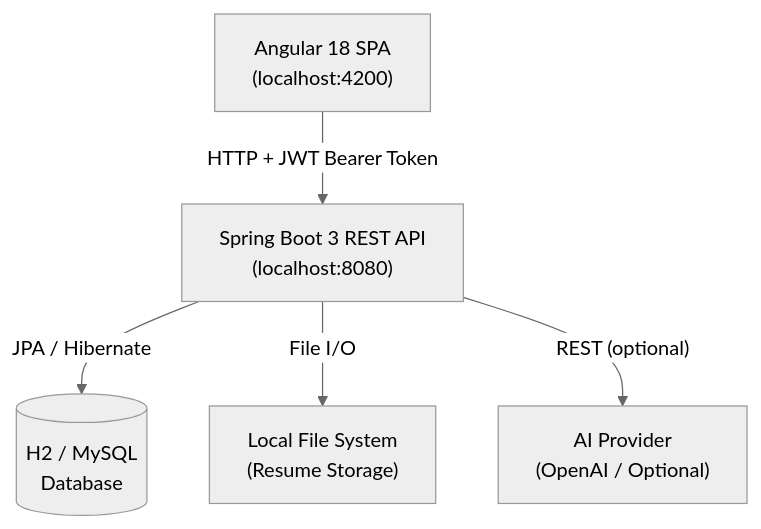
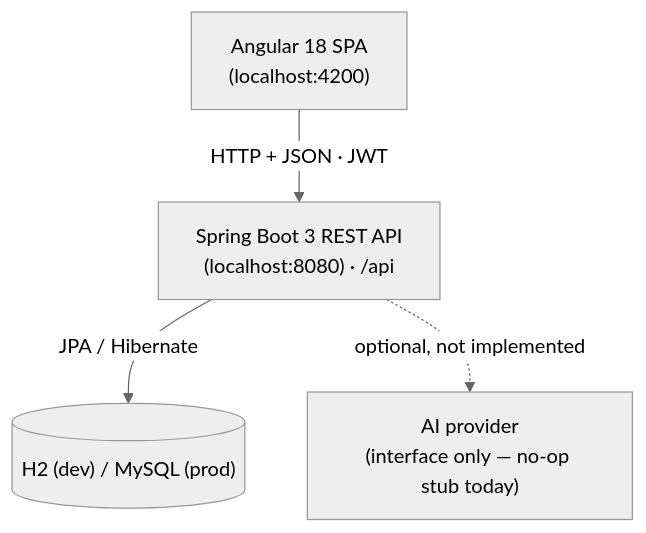
One commit to elel-m-b/CareerPilot changed the diagram in README.md. Above: the diagram before and after it, drawn with Mermaid (neutral theme). The commit also changed other lines of this file and 7 other files, not shown here.

````diff
--- a/README.md
+++ b/README.md
@@ -32,13 +76,11 @@
 ```mermaid
 graph TD
-    Client["Angular 18 SPA\n(localhost:4200)"]
-    Backend["Spring Boot 3 REST API\n(localhost:8080)"]
-    DB[("H2 / MySQL\nDatabase")]
-    FS["Local File System\n(Resume Storage)"]
-    AI["AI Provider\n(OpenAI / Optional)"]
+    SPA["Angular 18 SPA<br/>(localhost:4200)"]
+    API["Spring Boot 3 REST API<br/>(localhost:8080) · /api"]
+    DB[("H2 (dev) / MySQL (prod)")]
+    AI["AI provider<br/>(interface only — no-op stub today)"]
 
-    Client -- "HTTP + JWT Bearer Token" --> Backend
-    Backend -- "JPA / Hibernate" --> DB
-    Backend -- "File I/O" --> FS
-    Backend -- "REST (optional)" --> AI
+    SPA -- "HTTP + JSON · JWT" --> API
+    API -- "JPA / Hibernate" --> DB
+    API -. optional, not implemented .-> AI
 ```
````
